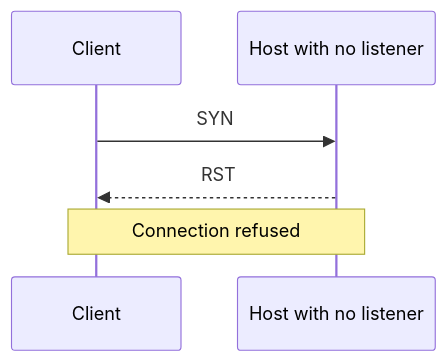
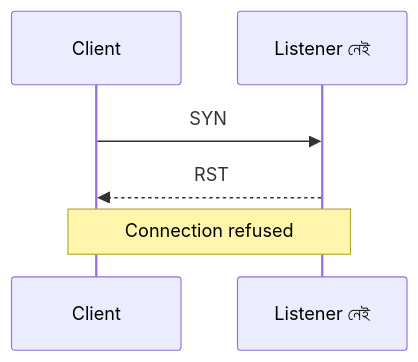
One commit to shomi-khan/red-blue-lab changed the second of 4 diagrams in chapters/02-see-your-network/README.md. Above: the diagram before and after it, drawn with Mermaid. The commit also changed other lines of this file, not shown here.

````diff
--- a/chapters/02-see-your-network/README.md
+++ b/chapters/02-see-your-network/README.md
@@ -338,8 +172,8 @@
 ```mermaid
 sequenceDiagram
     participant C as Client
-    participant H as Host with no listener
+    participant H as Listener নেই
     C->>H: SYN
     H-->>C: RST
     Note over C,H: Connection refused
 ```
````
